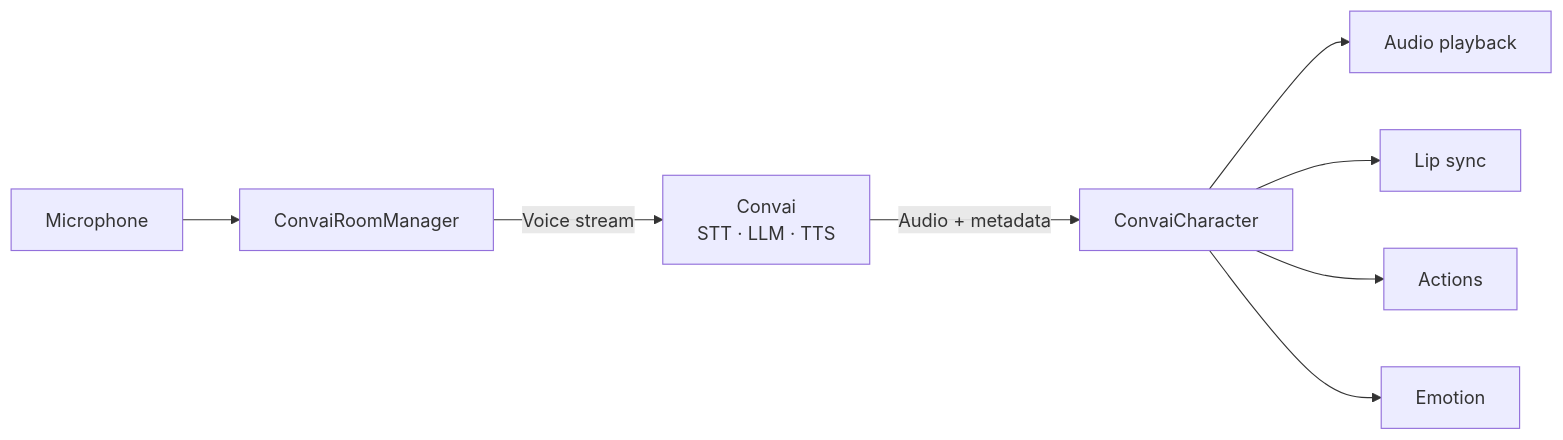
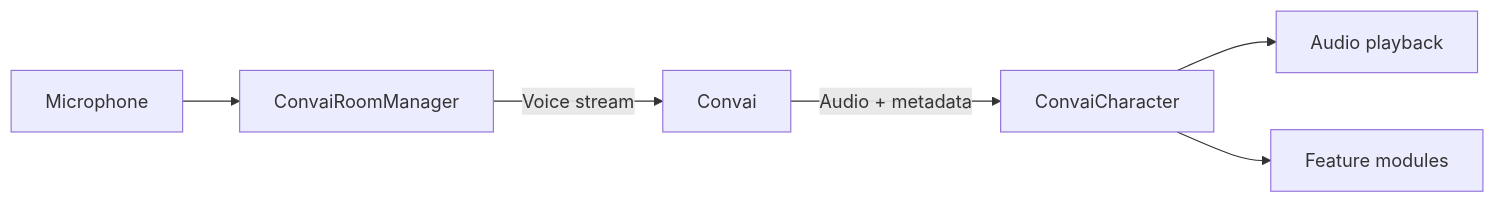
The diagram in plugins-and-integrations/convai-unity-sdk-1/overview/what-is-the-convai-unity-sdk.md (Conv-AI/Convai-Documentation), drawn with Mermaid before and after one commit. The commit also changed other lines of this file, not shown here.

Commit message:
docs(unity-sdk): simplify voice flow diagram in what-is page
- Remove STT/LLM/TTS labels from Convai node — implementation detail,
  not user-facing
- Replace specific module outputs with generic "Feature modules" node
  to avoid false enumeration
- Capitalize "Character" in section heading (central SDK term)

````diff
--- a/plugins-and-integrations/convai-unity-sdk-1/overview/what-is-the-convai-unity-sdk.md
+++ b/plugins-and-integrations/convai-unity-sdk-1/overview/what-is-the-convai-unity-sdk.md
@@ -47,10 +47,8 @@
 ```mermaid
 graph LR
     MIC[Microphone] --> RM[ConvaiRoomManager]
-    RM --> |Voice stream| CLOUD[Convai\nSTT · LLM · TTS]
+    RM --> |Voice stream| CLOUD[Convai]
     CLOUD --> |Audio + metadata| CHAR[ConvaiCharacter]
     CHAR --> AUD[Audio playback]
-    CHAR --> LS[Lip sync]
-    CHAR --> ACT[Actions]
-    CHAR --> EMO[Emotion]
+    CHAR --> MOD[Feature modules]
 ```
````
